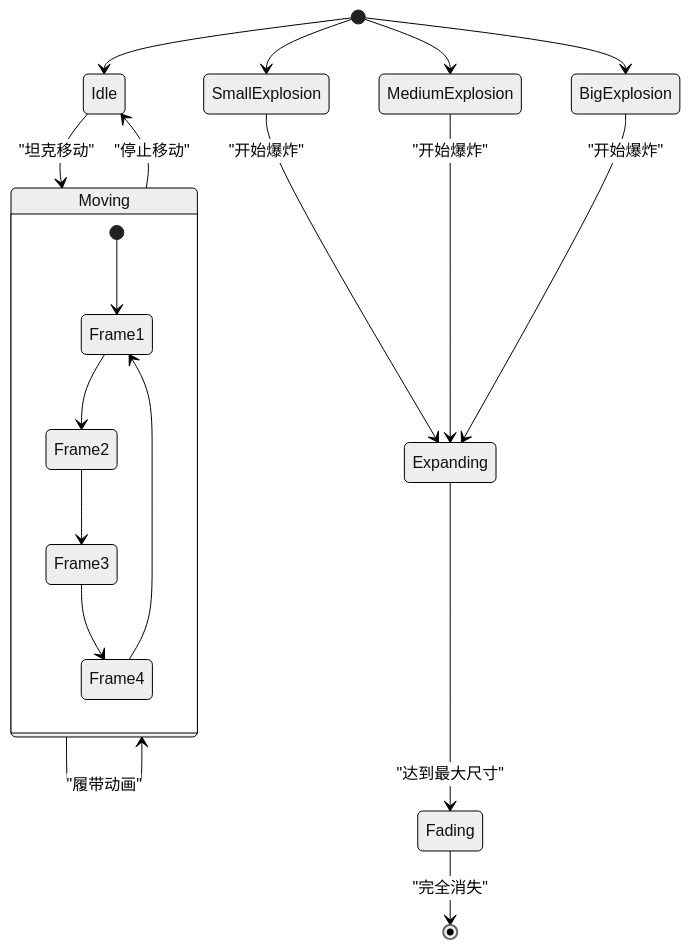
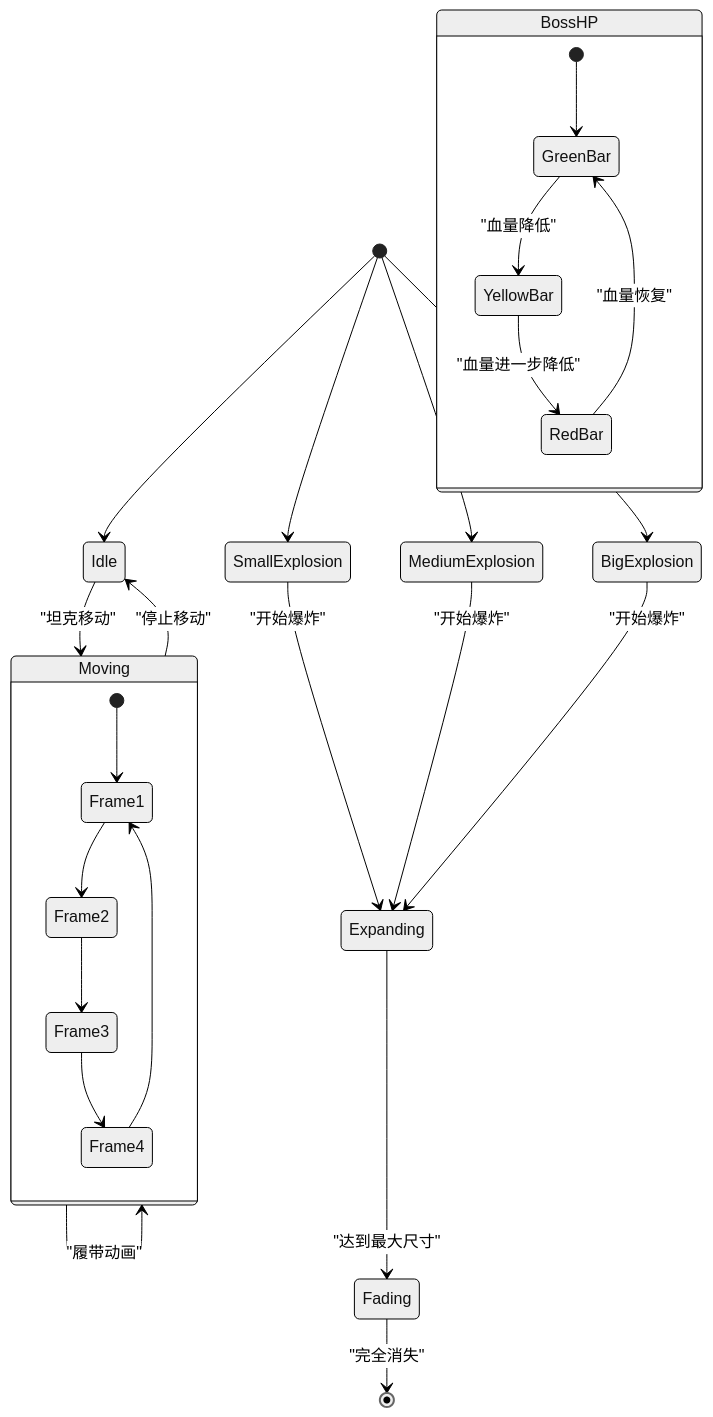
One commit to mrancc/reimagined-journey changed the sixth of 12 diagrams in .qoder/repowiki/zh/content/核心架构/Canvas 渲染系统.md. Above: the diagram before and after it, drawn with Mermaid (neutral theme). The commit also changed other lines of this file and 11 other files, not shown here.

````diff
--- a/.qoder/repowiki/zh/content/核心架构/Canvas 渲染系统.md
+++ b/.qoder/repowiki/zh/content/核心架构/Canvas 渲染系统.md
@@ -218,22 +227,28 @@
 ```mermaid
 stateDiagram-v2
 [*] --> Idle
 Idle --> Moving : "坦克移动"
 Moving --> Moving : "履带动画"
 Moving --> Idle : "停止移动"
 [*] --> SmallExplosion
 [*] --> MediumExplosion
 [*] --> BigExplosion
 SmallExplosion --> Expanding : "开始爆炸"
 MediumExplosion --> Expanding : "开始爆炸"
 BigExplosion --> Expanding : "开始爆炸"
 Expanding --> Fading : "达到最大尺寸"
 Fading --> [*] : "完全消失"
 state Moving {
 [*] --> Frame1
 Frame1 --> Frame2
 Frame2 --> Frame3
 Frame3 --> Frame4
 Frame4 --> Frame1
 }
+state BossHP {
+[*] --> GreenBar
+GreenBar --> YellowBar : "血量降低"
+YellowBar --> RedBar : "血量进一步降低"
+RedBar --> GreenBar : "血量恢复"
+}
 ```
````
